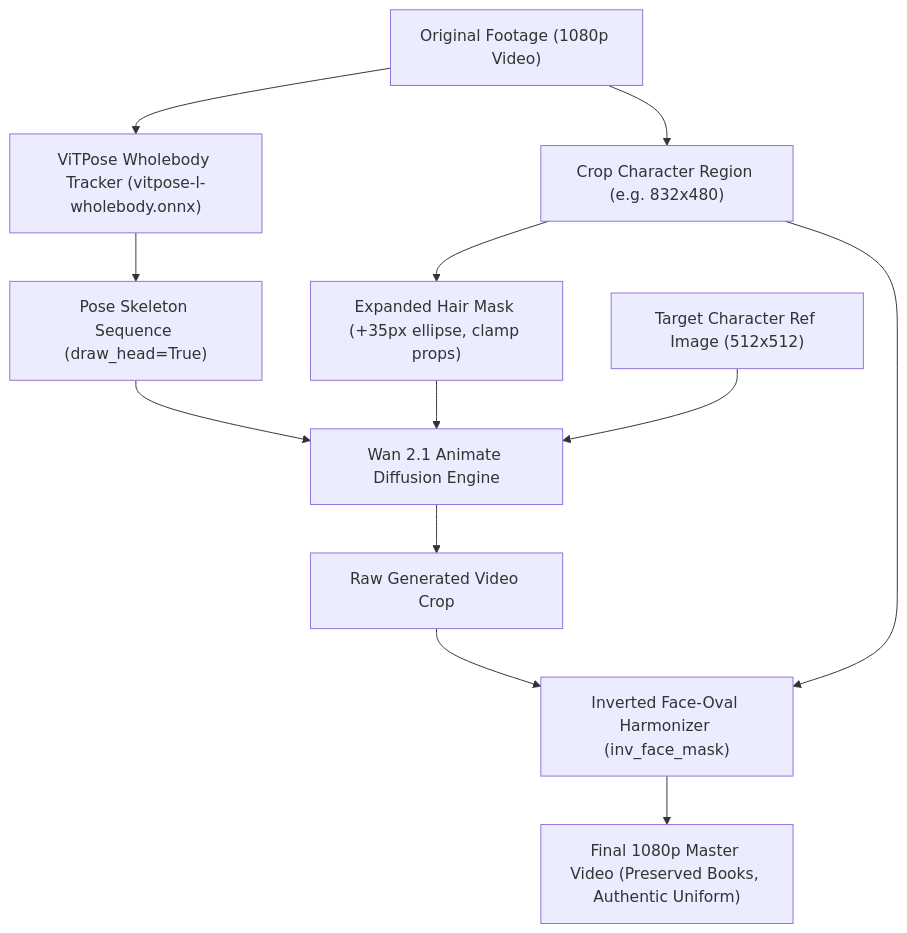
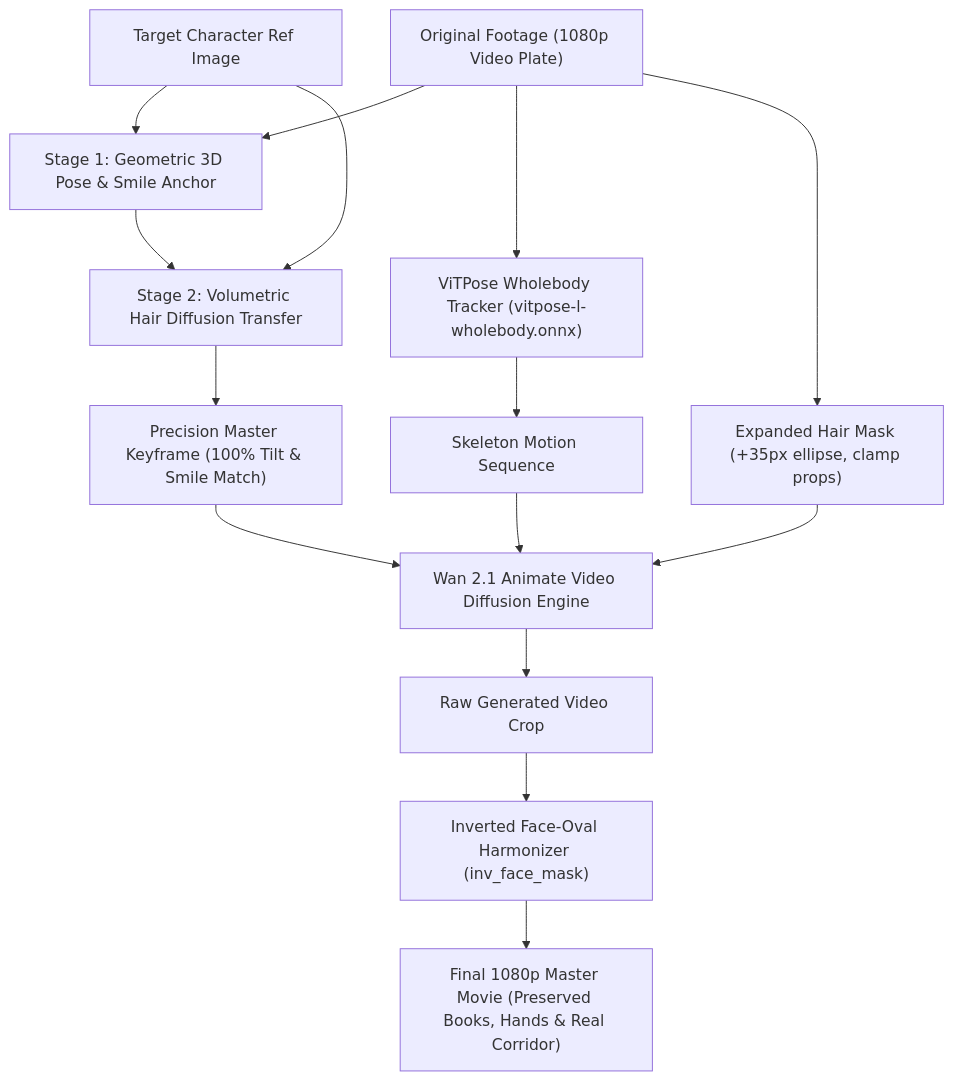
One commit to neohh/wan-vitpose-actor-replacement changed the diagram in README.md. Above: the diagram before and after it, drawn with Mermaid. The commit also changed other lines of this file and 5 other files, not shown here.

Commit message:
Release v1.1.0: Two-stage precision master keyframe generator with exact 3D tilt, rotation and smile mimicry preservation

````diff
--- a/README.md
+++ b/README.md
@@ -32,18 +30,20 @@
 ```mermaid
 flowchart TD
-    A["Original Footage (1080p Video)"] --> B["Crop Character Region (e.g. 832x480)"]
-    A --> C["ViTPose Wholebody Tracker (vitpose-l-wholebody.onnx)"]
-    C --> D["Pose Skeleton Sequence (draw_head=True)"]
+    A["Original Footage (1080p Video Plate)"] --> B["Stage 1: Geometric 3D Pose & Smile Anchor"]
+    REF["Target Character Ref Image"] --> B
+    B --> C["Stage 2: Volumetric Hair Diffusion Transfer"]
+    REF --> C
+    C --> D["Precision Master Keyframe (100% Tilt & Smile Match)"]
     
-    B --> E["Expanded Hair Mask (+35px ellipse, clamp props)"]
+    A --> E["ViTPose Wholebody Tracker (vitpose-l-wholebody.onnx)"]
+    E --> F["Skeleton Motion Sequence"]
     
-    D --> F["Wan 2.1 Animate Diffusion Engine"]
-    E --> F
-    REF["Target Character Ref Image (512x512)"] --> F
+    D --> G["Wan 2.1 Animate Video Diffusion Engine"]
+    F --> G
+    A --> H["Expanded Hair Mask (+35px ellipse, clamp props)"]
+    H --> G
     
-    F --> G["Raw Generated Video Crop"]
-    
-    G --> H["Inverted Face-Oval Harmonizer (inv_face_mask)"]
-    B --> H
-    H --> I["Final 1080p Master Video (Preserved Books, Authentic Uniform)"]
+    G --> I["Raw Generated Video Crop"]
+    I --> J["Inverted Face-Oval Harmonizer (inv_face_mask)"]
+    J --> K["Final 1080p Master Movie (Preserved Books, Hands & Real Corridor)"]
 ```
````
